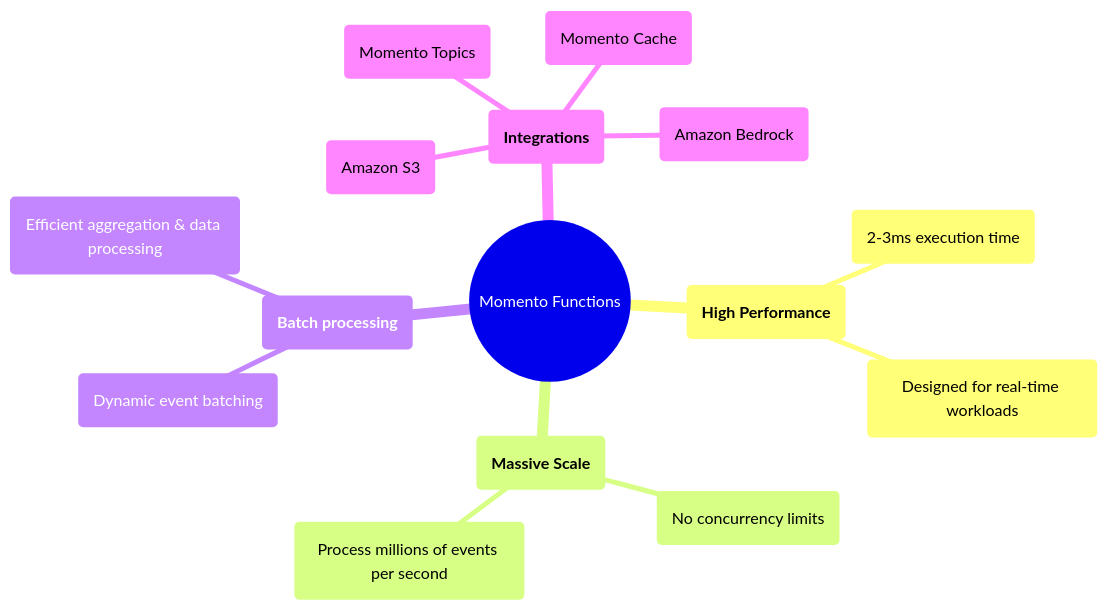
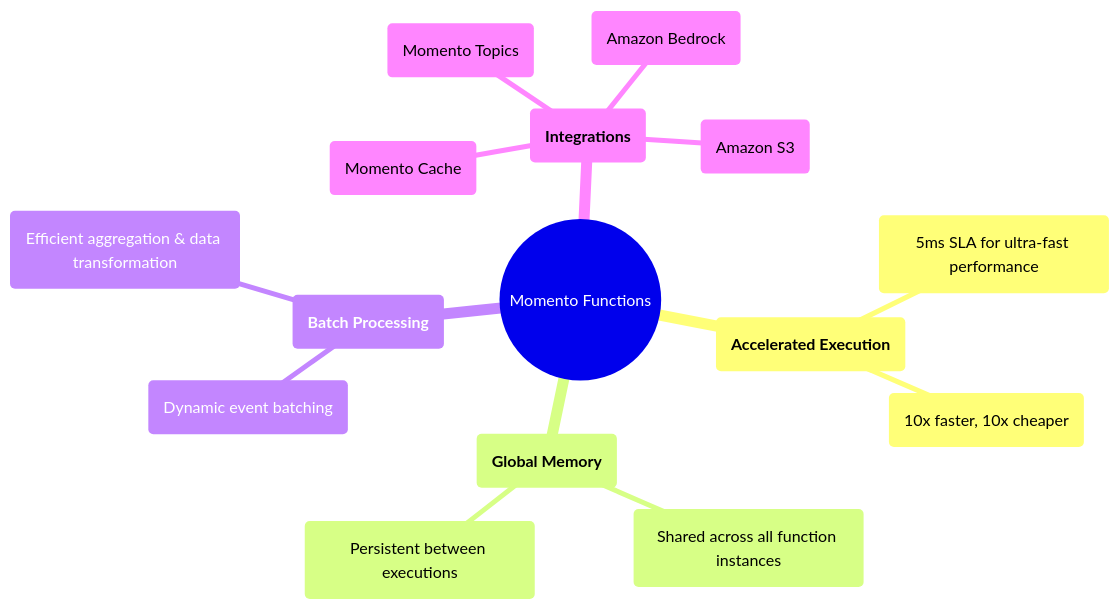
The diagram in docs/functions/index.mdx (momentohq/public-dev-docs), drawn with Mermaid before and after one commit. The commit also changed other lines of this file and 4 other files, not shown here.

````diff
--- a/docs/functions/index.mdx
+++ b/docs/functions/index.mdx
@@ -26,18 +22,19 @@
 ```mermaid
 mindmap
   root((Momento Functions))
-    (**High Performance**)
-      (2-3ms execution time)
-      (Designed for real-time workloads)
-    (**Massive Scale**)
-      (No concurrency limits)
-      (Process millions of events per second)
-    (**Batch processing**)
+    (**Accelerated Execution**)
+      (5ms SLA for ultra-fast performance)
+      (10x faster, 10x cheaper)
+    (**Global Memory**)
+      (Shared across all function instances)
+      (Persistent between executions)
+    (**Batch Processing**)
       (Dynamic event batching)
-      (Efficient aggregation & data processing)
+      (Efficient aggregation & data transformation)
     (**Integrations**)
       (Amazon S3)
       (Momento Topics)
       (Momento Cache)
       (Amazon Bedrock)
+
 ```
````
